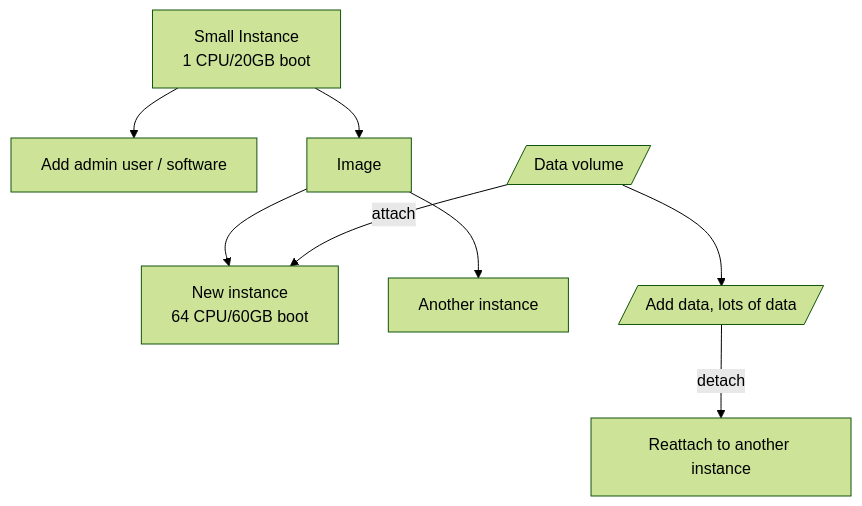
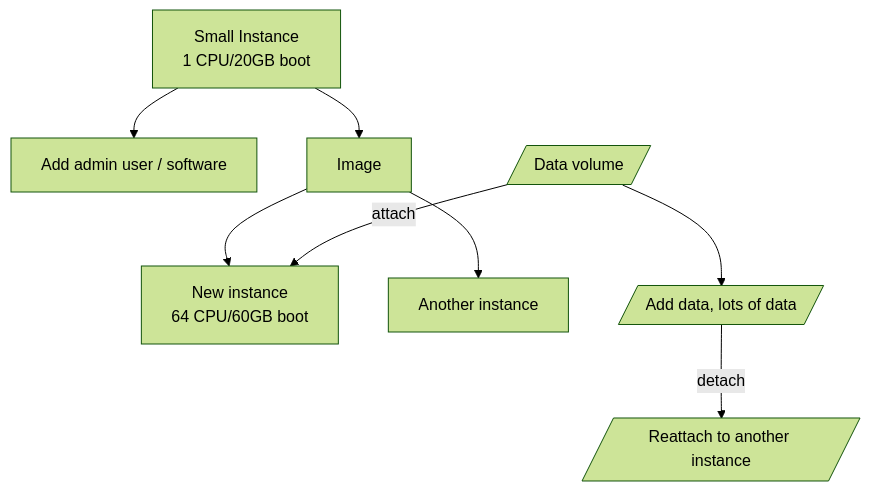
The diagram in getting-started.md (AntibodyEngineers/2024-Antibodies-and-AI), drawn with Mermaid (forest theme) before and after one commit.

````diff
--- a/getting-started.md
+++ b/getting-started.md
@@ -7,10 +7,10 @@
 ```mermaid
     flowchart TD
     
     A[Small Instance<br/>1 CPU/20GB boot] --> B[Add admin user / software]
     A-->C[Image] --> D[New instance<br/>64 CPU/60GB boot]
     F[/Data volume/]
     F -- attach --> D
     C --> E[Another instance]
-    F-->G[/Add data, lots of data/] -- detach --> H[Reattach to another instance]
+    F-->G[/Add data, lots of data/] -- detach --> H[/Reattach to another instance/]
 ```
````
